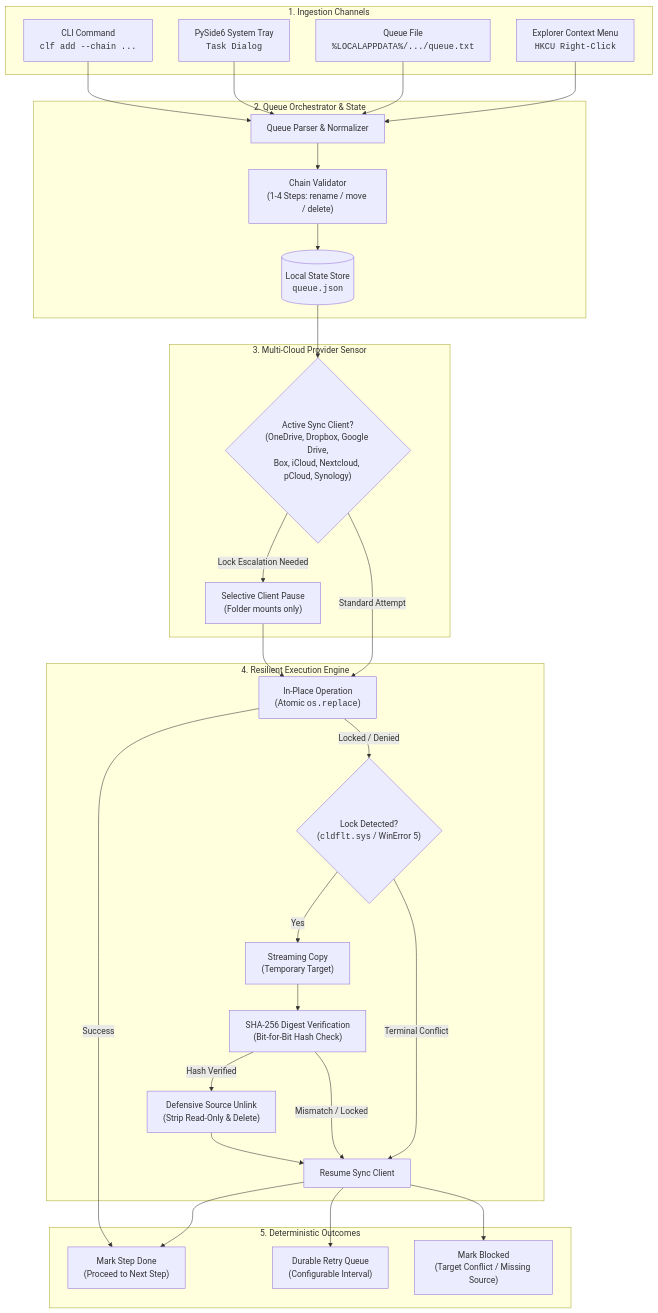
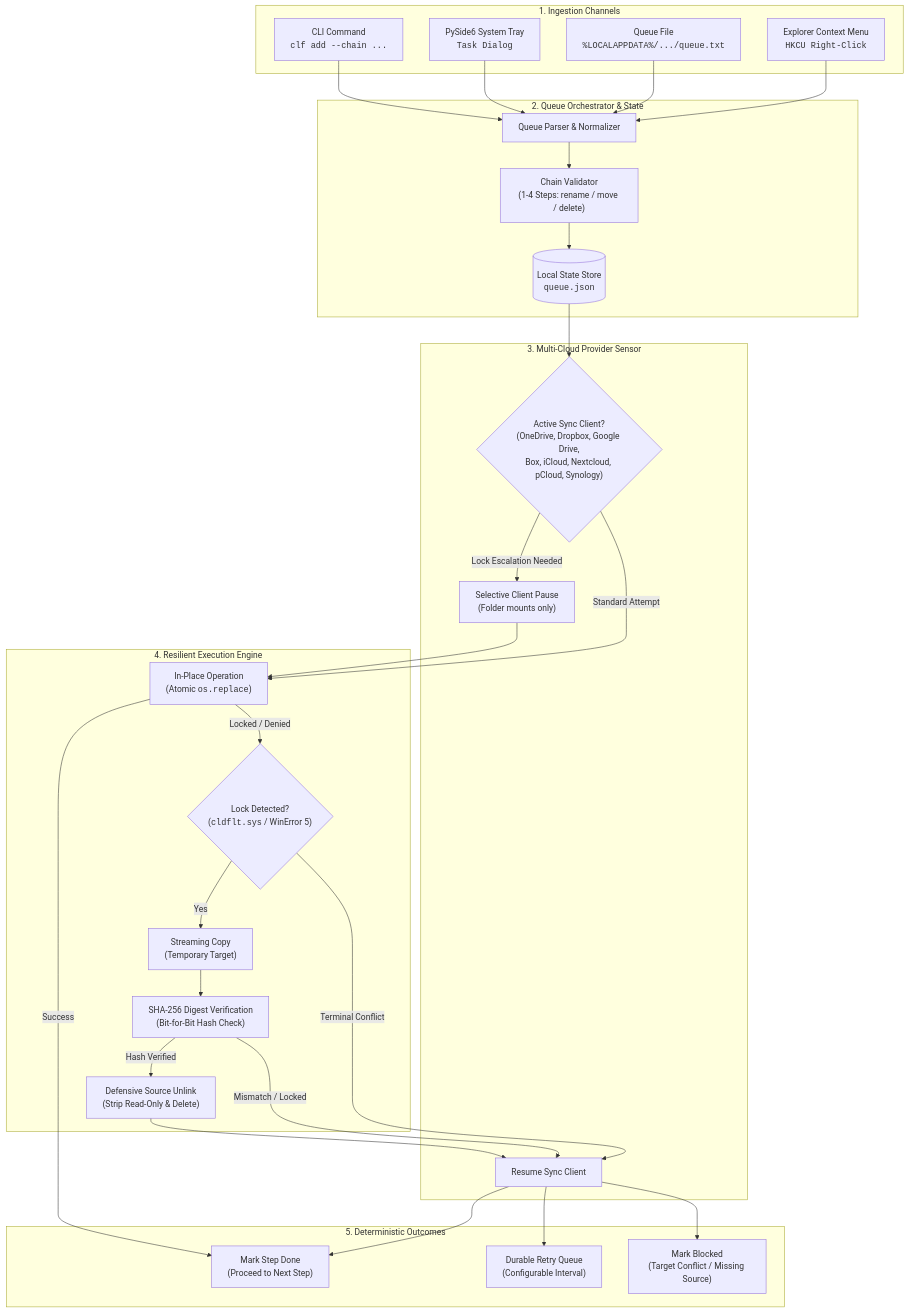
The first of 2 diagrams in README.md (file-bricks/CloudLockFixer), drawn with Mermaid before and after one commit. The commit also changed other lines of this file and 7 other files, not shown here.

Commit message:
chore(marketing): Pfad B discoverability, visual architecture, 18-point nav parity & metadata contract [G 2026-09-18]

````diff
--- a/README.md
+++ b/README.md
@@ -75,52 +157,52 @@
 ```mermaid
 flowchart TD
     subgraph Inputs["1. Ingestion Channels"]
         CLI["CLI Command<br/><code>clf add --chain ...</code>"]
         TRAY["PySide6 System Tray<br/><code>Task Dialog</code>"]
         QTXT["Queue File<br/><code>%LOCALAPPDATA%/.../queue.txt</code>"]
         CTX["Explorer Context Menu<br/><code>HKCU Right-Click</code>"]
     end
 
     subgraph Core["2. Queue Orchestrator & State"]
         PARSER["Queue Parser & Normalizer"]
         VAL["Chain Validator<br/>(1-4 Steps: rename / move / delete)"]
         STATE[("Local State Store<br/><code>queue.json</code>")]
     end
 
     subgraph Sensor["3. Multi-Cloud Provider Sensor"]
         DETECT{"Active Sync Client?<br/>(OneDrive, Dropbox, Google Drive,<br/>Box, iCloud, Nextcloud, pCloud, Synology)"}
         PROV_PAUSE["Selective Client Pause<br/>(Folder mounts only)"]
+        PROV_RESUME["Resume Sync Client"]
     end
 
     subgraph Engine["4. Resilient Execution Engine"]
         DIRECT["In-Place Operation<br/>(Atomic <code>os.replace</code>)"]
         CHECK_LOCK{"Lock Detected?<br/>(<code>cldflt.sys</code> / WinError 5)"}
         COPY["Streaming Copy<br/>(Temporary Target)"]
         HASH["SHA-256 Digest Verification<br/>(Bit-for-Bit Hash Check)"]
         DEL["Defensive Source Unlink<br/>(Strip Read-Only & Delete)"]
-        PROV_RESUME["Resume Sync Client"]
     end
 
     subgraph Outcomes["5. Deterministic Outcomes"]
         SUCCESS["Mark Step Done<br/>(Proceed to Next Step)"]
         RETRY["Durable Retry Queue<br/>(Configurable Interval)"]
         BLOCKED["Mark Blocked<br/>(Target Conflict / Missing Source)"]
     end
 
     CLI --> PARSER
     TRAY --> PARSER
     QTXT --> PARSER
     CTX --> PARSER
 
     PARSER --> VAL --> STATE
     STATE --> DETECT
     DETECT -- "Lock Escalation Needed" --> PROV_PAUSE --> DIRECT
     DETECT -- "Standard Attempt" --> DIRECT
 
     DIRECT -- "Success" --> SUCCESS
     DIRECT -- "Locked / Denied" --> CHECK_LOCK
     CHECK_LOCK -- "Yes" --> COPY --> HASH
     HASH -- "Hash Verified" --> DEL --> PROV_RESUME --> SUCCESS
     HASH -- "Mismatch / Locked" --> PROV_RESUME --> RETRY
     CHECK_LOCK -- "Terminal Conflict" --> PROV_RESUME --> BLOCKED
 ```
````
